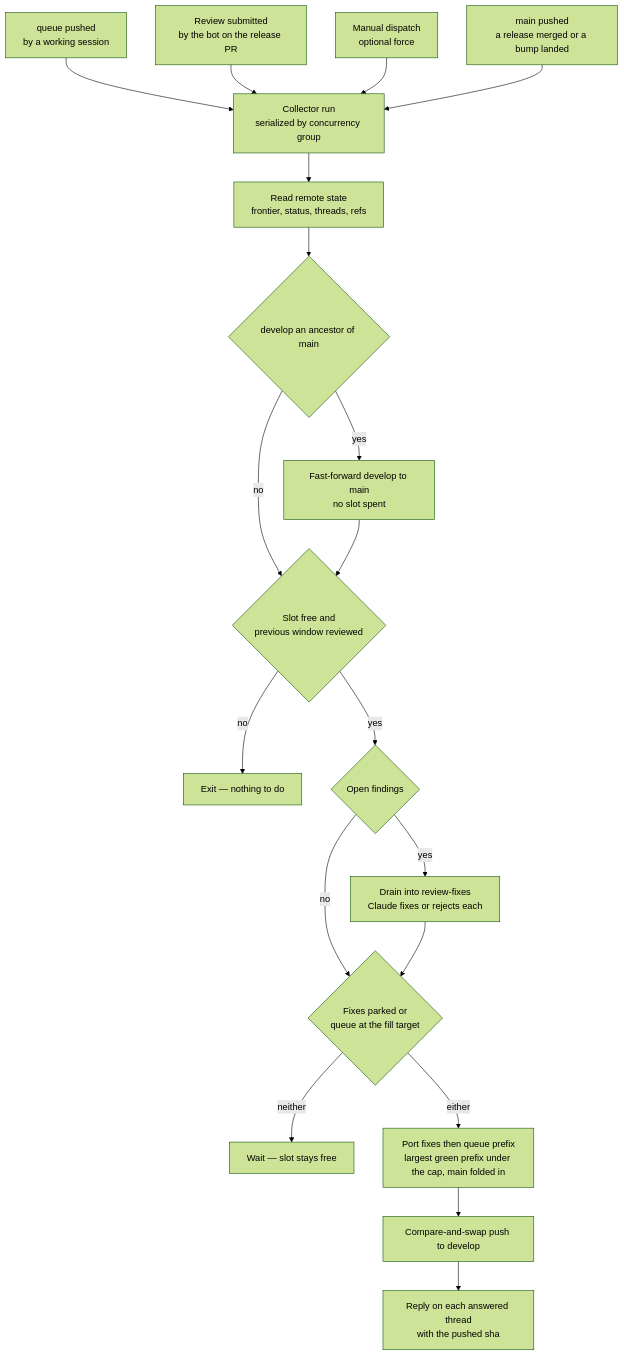
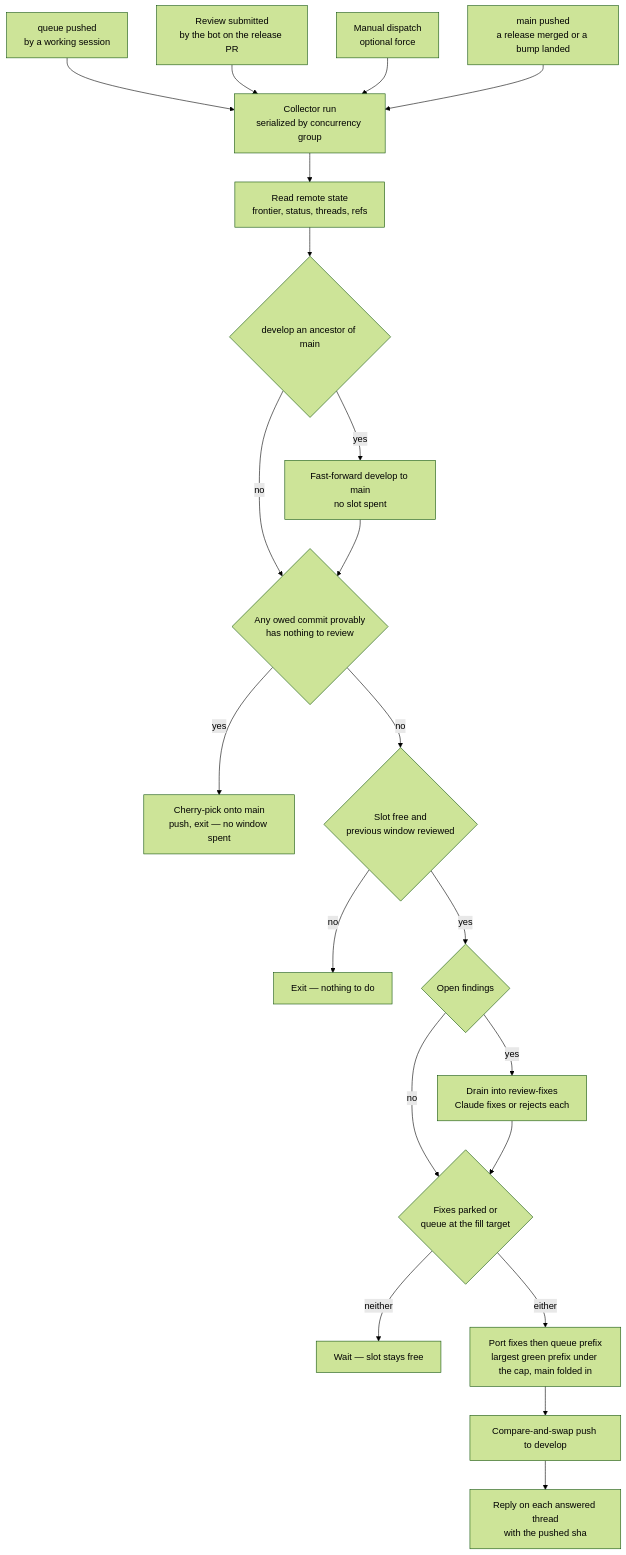
The diagram in apps/web/content/docs/infra/review-collector/index.md (Esposter/Esposter), drawn with Mermaid (forest theme) before and after one commit. The commit also changed other lines of this file and 8 other files, not shown here.

First line of the commit message:
docs(review-collector): the express lane, and the commit composition that feeds it

````diff
--- a/apps/web/content/docs/infra/review-collector/index.md
+++ b/apps/web/content/docs/infra/review-collector/index.md
@@ -26,21 +27,23 @@
 ```mermaid
 flowchart TD
   A[queue pushed<br/>by a working session] --> C
   F[Review submitted<br/>by the bot on the release PR] --> C
   D[Manual dispatch<br/>optional force] --> C
   MN[main pushed<br/>a release merged or a bump landed] --> C
   C[Collector run<br/>serialized by concurrency group] --> R[Read remote state<br/>frontier, status, threads, refs]
   R --> RS{develop an ancestor of main}
   RS -->|yes| FF[Fast-forward develop to main<br/>no slot spent]
-  RS -->|no| G
-  FF --> G{Slot free and<br/>previous window reviewed}
+  RS -->|no| E
+  FF --> E{Any owed commit provably<br/>has nothing to review}
+  E -->|yes| EX[Cherry-pick onto main<br/>push, exit — no window spent]
+  E -->|no| G{Slot free and<br/>previous window reviewed}
   G -->|no| X[Exit — nothing to do]
   G -->|yes| O{Open findings}
   O -->|yes| DR[Drain into review-fixes<br/>Claude fixes or rejects each]
   O -->|no| P
   DR --> P{Fixes parked or<br/>queue at the fill target}
   P -->|neither| PK[Wait — slot stays free]
   P -->|either| W[Port fixes then queue prefix<br/>largest green prefix under the cap, main folded in]
   W --> PU[Compare-and-swap push to develop]
   PU --> RP[Reply on each answered thread<br/>with the pushed sha]
 ```
````
